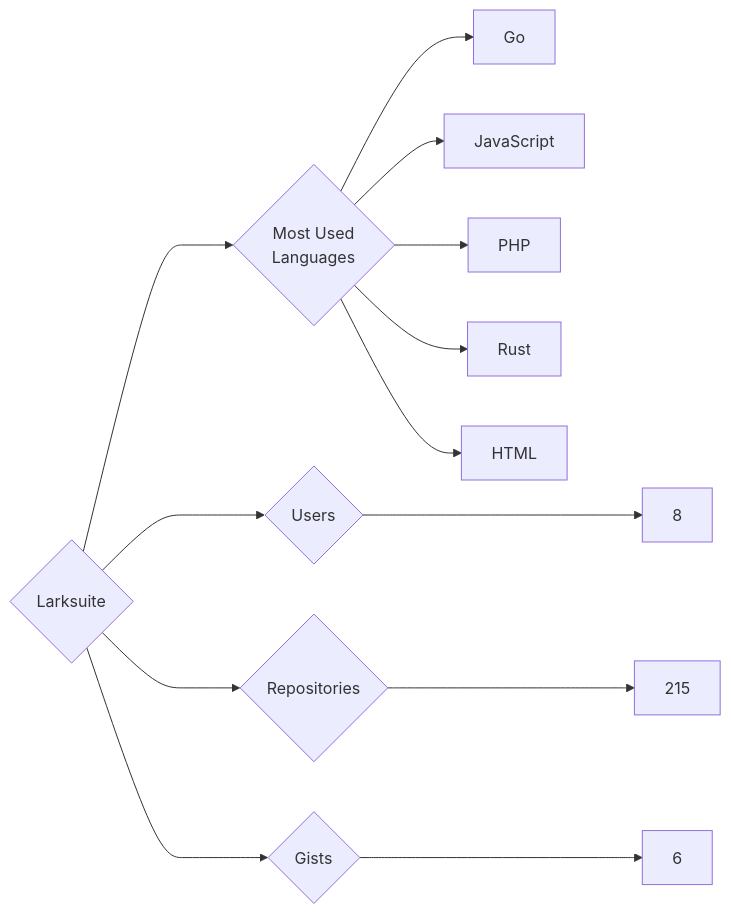
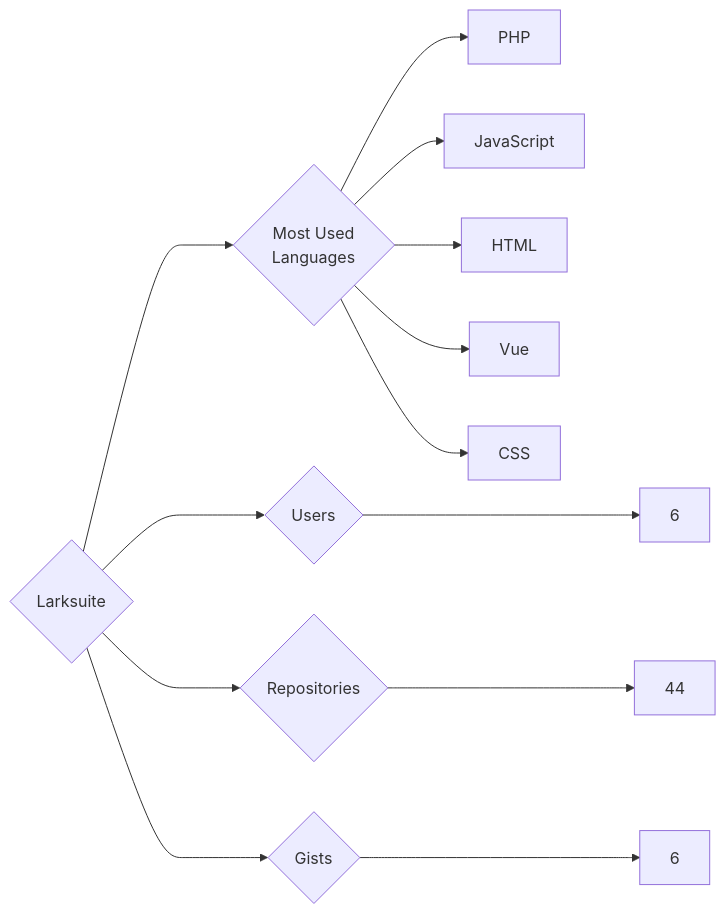
The diagram in targets/Larksuite/README.md (trickest/insiders), drawn with Mermaid before and after one commit. The commit also changed 1496 other files, not shown here.

````diff
--- a/targets/Larksuite/README.md
+++ b/targets/Larksuite/README.md
@@ -3,13 +3,13 @@
 ```mermaid
 graph LR
 COMPANY_NAME{Larksuite}
-COMPANY_NAME ---> U{Users} ---> UN[8]
-COMPANY_NAME ---> R{Repositories} ---> RN[215]
+COMPANY_NAME ---> U{Users} ---> UN[6]
+COMPANY_NAME ---> R{Repositories} ---> RN[44]
 COMPANY_NAME ---> G{Gists} ---> GN[6]
 COMPANY_NAME ---> ML{Most Used<br>Languages}
-ML --> Go[Go]
+ML --> PHP[PHP]
 ML --> JavaScript[JavaScript]
-ML --> PHP[PHP]
-ML --> Rust[Rust]
 ML --> HTML[HTML]
+ML --> Vue[Vue]
+ML --> CSS[CSS]
 ```
````
